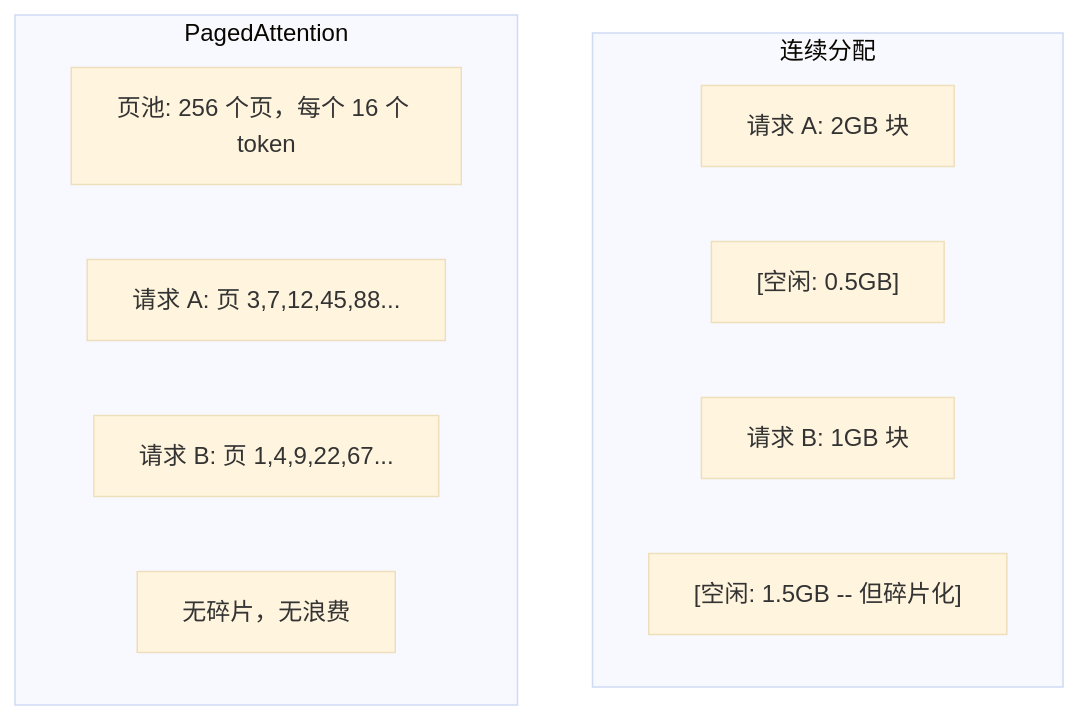
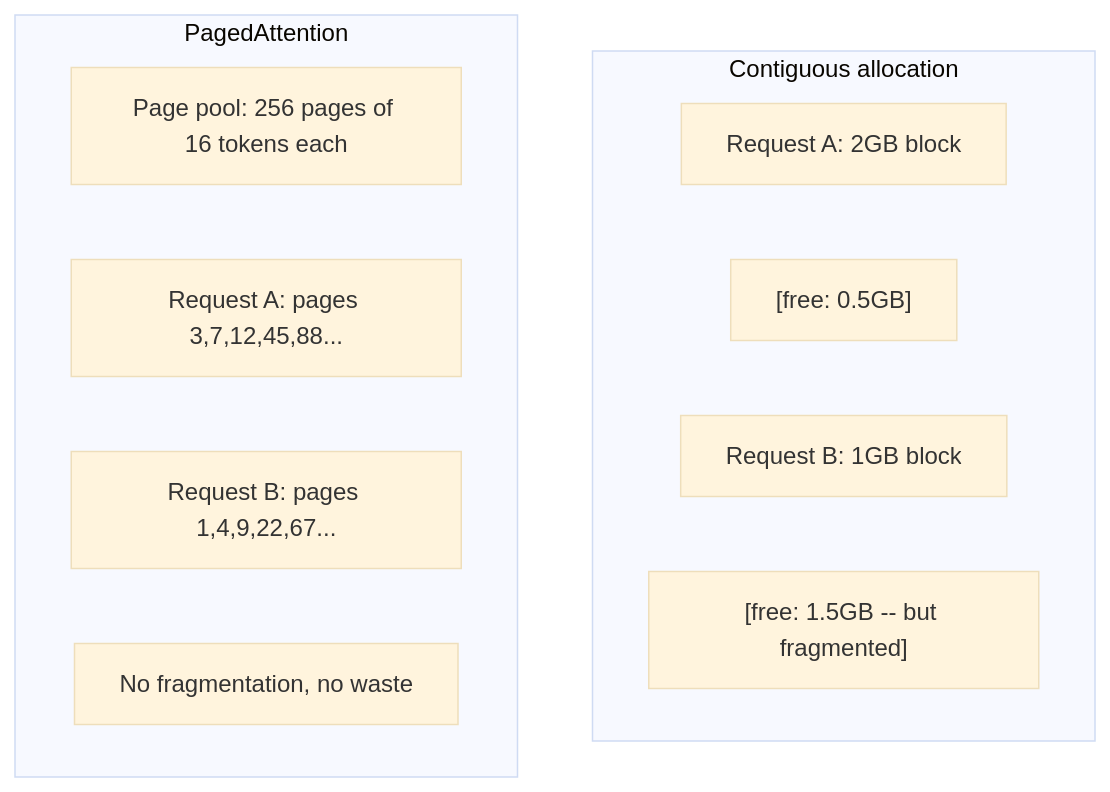
One commit to xiaojiaenen/ai-engineering-from-scratch-zh changed the fourth of 5 diagrams in i18n/zh/phases/10-llms-from-scratch/12-inference-optimization/docs/zh.md. Above: the diagram before and after it, drawn with Mermaid (base theme). The commit also changed other lines of this file and 24 other files, not shown here.

````diff
--- a/i18n/zh/phases/10-llms-from-scratch/12-inference-optimization/docs/zh.md
+++ b/i18n/zh/phases/10-llms-from-scratch/12-inference-optimization/docs/zh.md
@@ -136,16 +136,16 @@
 ```mermaid
 graph TD
-    subgraph "连续分配"
-        C1["请求 A: 2GB 块"]
-        C2["[空闲: 0.5GB]"]
-        C3["请求 B: 1GB 块"]
-        C4["[空闲: 1.5GB -- 但碎片化]"]
+    subgraph "Contiguous allocation"
+        C1["Request A: 2GB block"]
+        C2["[free: 0.5GB]"]
+        C3["Request B: 1GB block"]
+        C4["[free: 1.5GB -- but fragmented]"]
     end
 
     subgraph "PagedAttention"
-        P1["页池: 256 个页，每个 16 个 token"]
-        P2["请求 A: 页 3,7,12,45,88..."]
-        P3["请求 B: 页 1,4,9,22,67..."]
-        P4["无碎片，无浪费"]
+        P1["Page pool: 256 pages of 16 tokens each"]
+        P2["Request A: pages 3,7,12,45,88..."]
+        P3["Request B: pages 1,4,9,22,67..."]
+        P4["No fragmentation, no waste"]
     end
 ```
````
